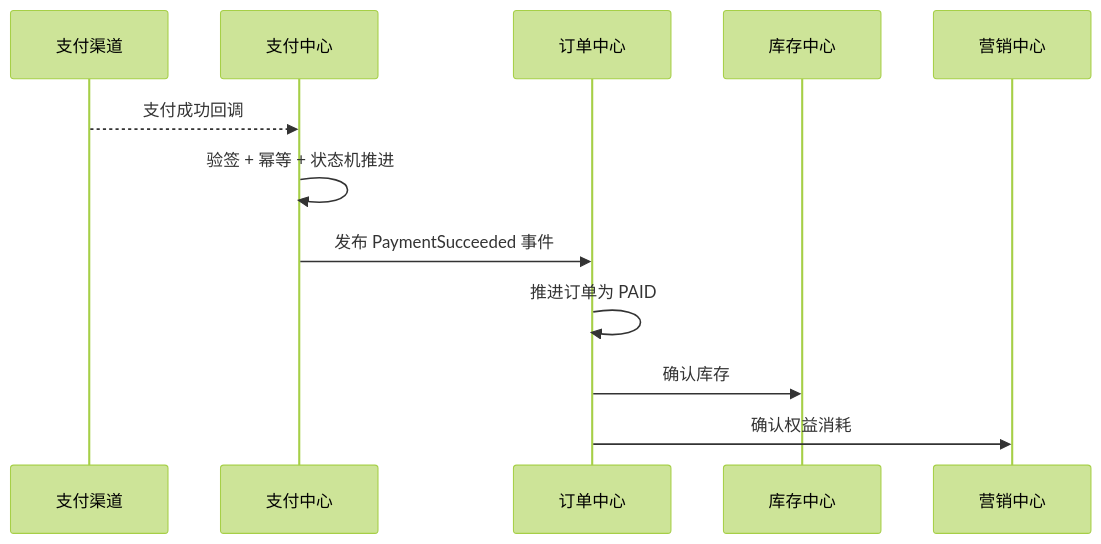
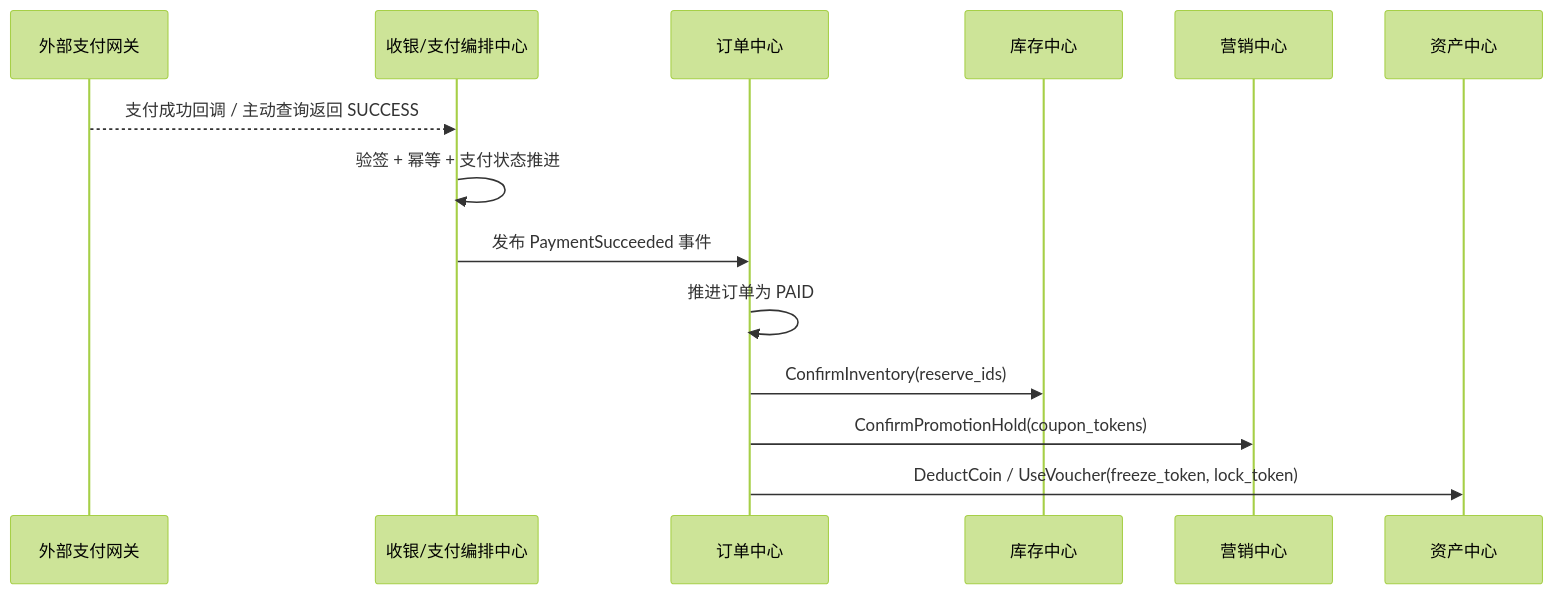
The ninth of 14 diagrams in books/system-design-architecture-book/src/part02/13-ecommerce-customer-lifecycle.md (wxquare/wxquare.github.io), drawn with Mermaid (forest theme) before and after one commit. The commit also changed other lines of this file and 2 other files, not shown here.

````diff
--- a/books/system-design-architecture-book/src/part02/13-ecommerce-customer-lifecycle.md
+++ b/books/system-design-architecture-book/src/part02/13-ecommerce-customer-lifecycle.md
@@ -1200,15 +1675,17 @@
 ```mermaid
 sequenceDiagram
-    participant CH as 支付渠道
-    participant PAY as 支付中心
+    participant CH as 外部支付网关
+    participant PAY as 收银/支付编排中心
     participant O as 订单中心
     participant IV as 库存中心
     participant MK as 营销中心
+    participant AS as 资产中心
 
-    CH-->>PAY: 支付成功回调
-    PAY->>PAY: 验签 + 幂等 + 状态机推进
+    CH-->>PAY: 支付成功回调 / 主动查询返回 SUCCESS
+    PAY->>PAY: 验签 + 幂等 + 支付状态推进
     PAY->>O: 发布 PaymentSucceeded 事件
     O->>O: 推进订单为 PAID
-    O->>IV: 确认库存
-    O->>MK: 确认权益消耗
+    O->>IV: ConfirmInventory(reserve_ids)
+    O->>MK: ConfirmPromotionHold(coupon_tokens)
+    O->>AS: DeductCoin / UseVoucher(freeze_token, lock_token)
 ```
````
